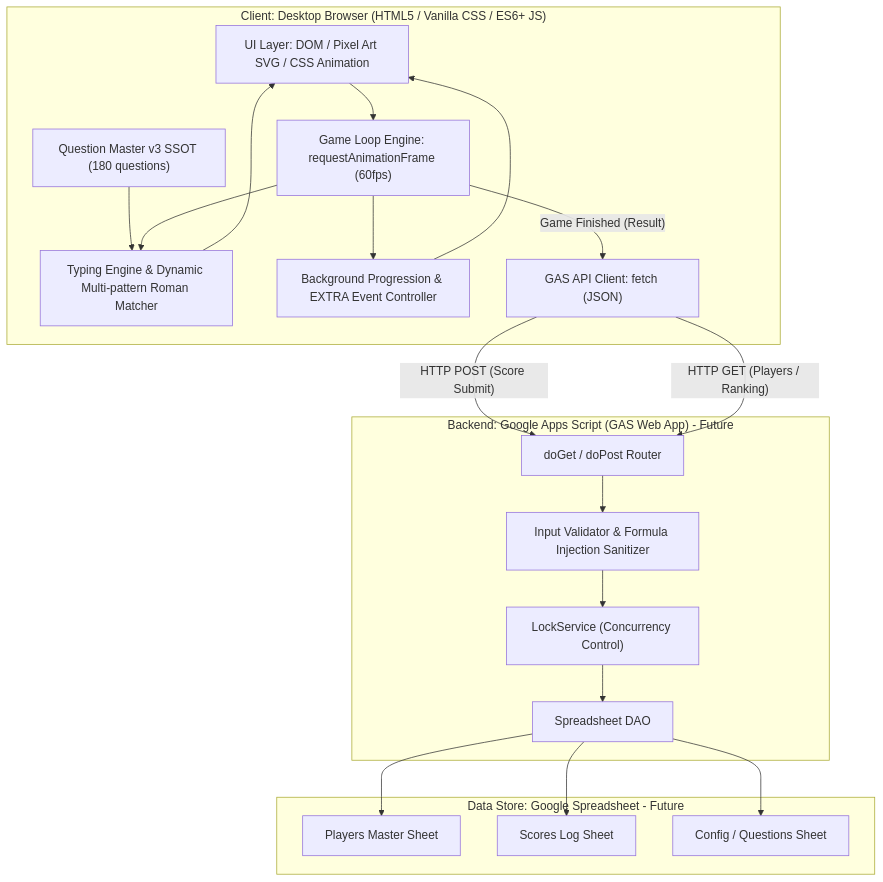
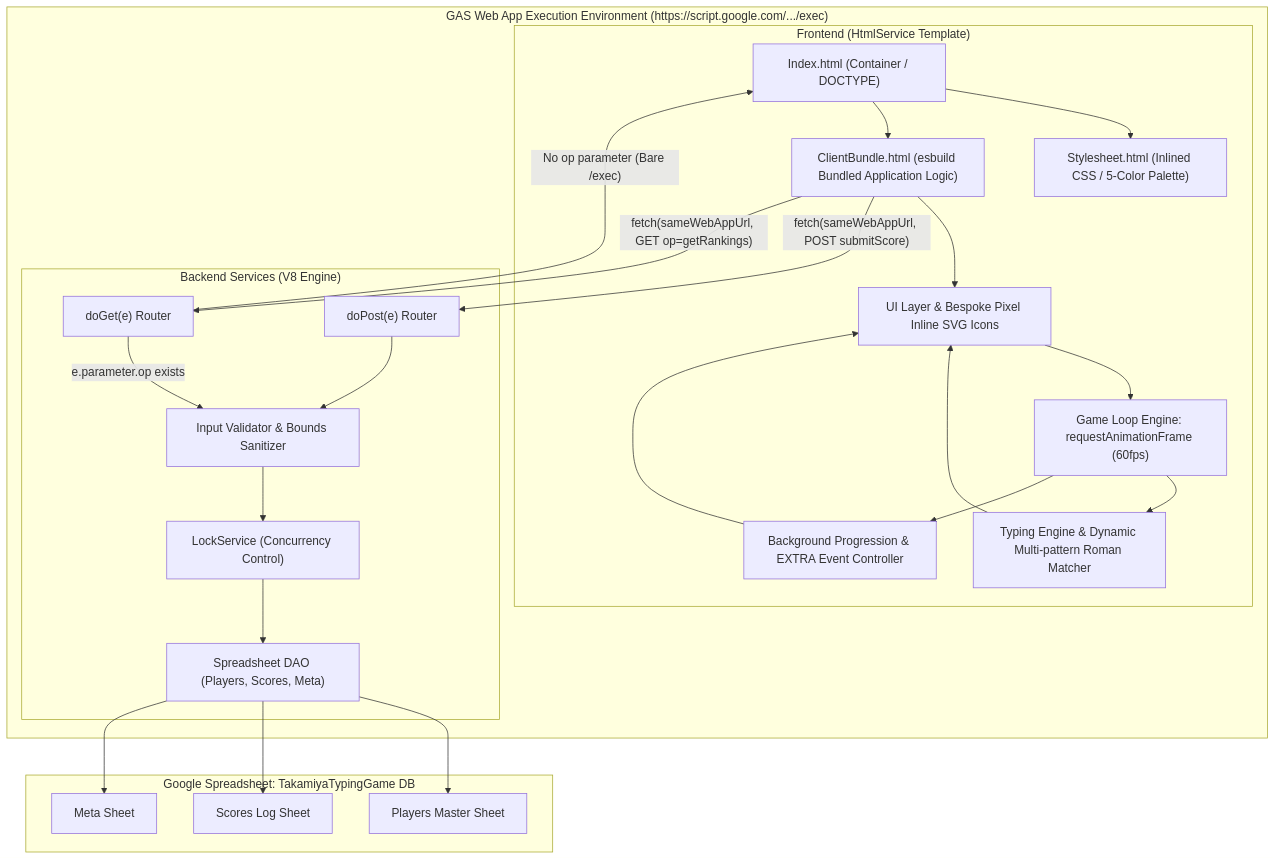
One commit to mikisaa/takamiya-typing-game changed the diagram in docs/03_architecture.md. Above: the diagram before and after it, drawn with Mermaid. The commit also changed other lines of this file and 43 other files, not shown here.

Commit message:
feat(v1.1.0): migrate frontend to GAS Web App, rebrand to TakamiyaTypingGame, add inline SVGs and scene corrections

````diff
--- a/docs/03_architecture.md
+++ b/docs/03_architecture.md
@@ -7,40 +7,47 @@
 ```mermaid
 graph TD
-    subgraph Client ["Client: Desktop Browser (HTML5 / Vanilla CSS / ES6+ JS)"]
-        UI["UI Layer: DOM / Pixel Art SVG / CSS Animation"]
-        GLE["Game Loop Engine: requestAnimationFrame (60fps)"]
-        TEM["Typing Engine & Dynamic Multi-pattern Roman Matcher"]
-        BGM["Background Progression & EXTRA Event Controller"]
-        GAC["GAS API Client: fetch (JSON)"]
-        QDATA["Question Master v3 SSOT (180 questions)"]
+    subgraph ProductionRuntime ["GAS Web App Execution Environment (https://script.google.com/.../exec)"]
+        subgraph FrontendLayer ["Frontend (HtmlService Template)"]
+            HTML["Index.html (Container / DOCTYPE)"]
+            CSS["Stylesheet.html (Inlined CSS / 5-Color Palette)"]
+            JS["ClientBundle.html (esbuild Bundled Application Logic)"]
+            UI["UI Layer & Bespoke Pixel Inline SVG Icons"]
+            GLE["Game Loop Engine: requestAnimationFrame (60fps)"]
+            TEM["Typing Engine & Dynamic Multi-pattern Roman Matcher"]
+            BGM["Background Progression & EXTRA Event Controller"]
+        end
+
+        subgraph BackendLayer ["Backend Services (V8 Engine)"]
+            DOGET["doGet(e) Router"]
+            DOPOST["doPost(e) Router"]
+            VAL["Input Validator & Bounds Sanitizer"]
+            LOCK["LockService (Concurrency Control)"]
+            DAO["Spreadsheet DAO (Players, Scores, Meta)"]
+        end
     end
 
-    subgraph Backend ["Backend: Google Apps Script (GAS Web App) - Future"]
-        ROUTER["doGet / doPost Router"]
-        VAL["Input Validator & Formula Injection Sanitizer"]
-        LOCK["LockService (Concurrency Control)"]
-        DAO["Spreadsheet DAO"]
+    subgraph DataStore ["Google Spreadsheet: TakamiyaTypingGame DB"]
+        S_PLAYERS["Players Master Sheet"]
+        S_SCORES["Scores Log Sheet"]
+        S_META["Meta Sheet"]
     end
 
-    subgraph Storage ["Data Store: Google Spreadsheet - Future"]
-        S_PLAYERS["Players Master Sheet"]
-        S_SCORES["Scores Log Sheet"]
-        S_CONFIG["Config / Questions Sheet"]
-    end
-
-    QDATA --> TEM
+    DOGET -- "No op parameter (Bare /exec)" --> HTML
+    HTML --> CSS
+    HTML --> JS
+    JS --> UI
     UI --> GLE
     GLE --> TEM
     GLE --> BGM
     TEM --> UI
     BGM --> UI
-    GLE -- "Game Finished (Result)" --> GAC
-    GAC -- "HTTP POST (Score Submit)" --> ROUTER
-    GAC -- "HTTP GET (Players / Ranking)" --> ROUTER
-    ROUTER --> VAL
+    JS -- "fetch(sameWebAppUrl, POST submitScore)" --> DOPOST
+    JS -- "fetch(sameWebAppUrl, GET op=getRankings)" --> DOGET
+    DOGET -- "e.parameter.op exists" --> VAL
+    DOPOST --> VAL
     VAL --> LOCK
     LOCK --> DAO
     DAO --> S_PLAYERS
     DAO --> S_SCORES
-    DAO --> S_CONFIG
+    DAO --> S_META
 ```
````
